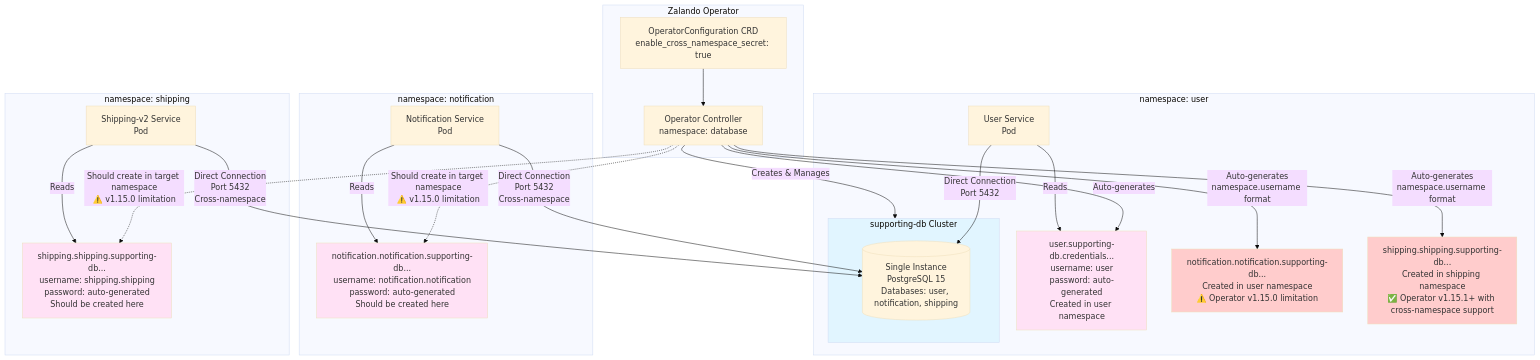
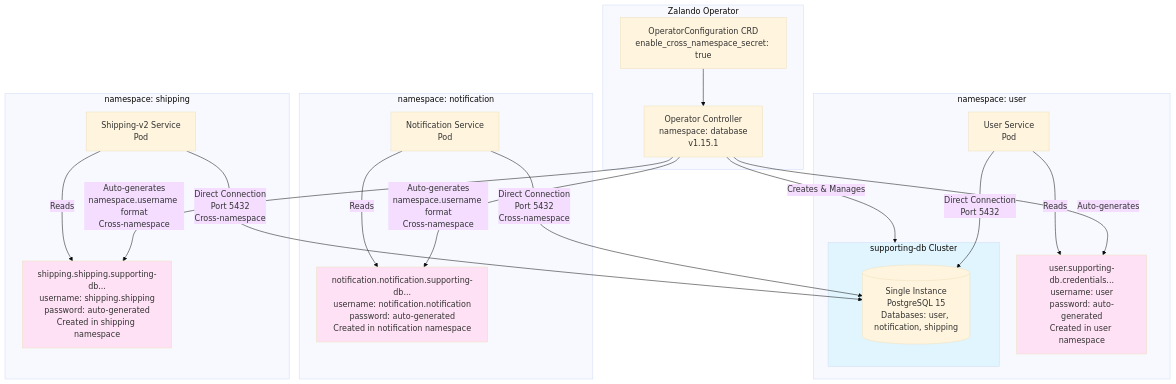
One commit to duynhlab/homelab changed the sixth of 6 diagrams in docs/guides/DATABASE.md. Above: the diagram before and after it, drawn with Mermaid (base theme). The commit also changed other lines of this file and 4 other files, not shown here.

````diff
--- a/docs/guides/DATABASE.md
+++ b/docs/guides/DATABASE.md
@@ -882,57 +882,49 @@
 ```mermaid
 flowchart TB
     subgraph UserNS["namespace: user"]
         UserSvc[User Service<br/>Pod]
         
         subgraph SupportingDB["supporting-db Cluster"]
             Instance[(Single Instance<br/>PostgreSQL 15<br/>Databases: user, notification, shipping)]
         end
         
         UserSecret[user.supporting-db.credentials...<br/>username: user<br/>password: auto-generated<br/>Created in user namespace]
-        
-        NotifSecretUser[notification.notification.supporting-db...<br/>Created in user namespace<br/>⚠️ Operator v1.15.0 limitation]
-        ShippingSecretUser[shipping.shipping.supporting-db...<br/>Created in shipping namespace<br/>✅ Operator v1.15.1+ with cross-namespace support]
     end
     
     subgraph NotificationNS["namespace: notification"]
         NotificationSvc[Notification Service<br/>Pod]
         
-        NotifSecret[notification.notification.supporting-db...<br/>username: notification.notification<br/>password: auto-generated<br/>Should be created here]
+        NotifSecret[notification.notification.supporting-db...<br/>username: notification.notification<br/>password: auto-generated<br/>Created in notification namespace]
     end
     
     subgraph ShippingNS["namespace: shipping"]
         ShippingSvc[Shipping-v2 Service<br/>Pod]
         
-        ShippingSecret[shipping.shipping.supporting-db...<br/>username: shipping.shipping<br/>password: auto-generated<br/>Should be created here]
+        ShippingSecret[shipping.shipping.supporting-db...<br/>username: shipping.shipping<br/>password: auto-generated<br/>Created in shipping namespace]
     end
     
     subgraph ZalandoOp["Zalando Operator"]
-        Operator[Operator Controller<br/>namespace: database]
+        Operator[Operator Controller<br/>namespace: database<br/>v1.15.1]
         Config[OperatorConfiguration CRD<br/>enable_cross_namespace_secret: true]
     end
     
     Config --> Operator
     Operator -->|Creates & Manages| SupportingDB
     Operator -->|Auto-generates| UserSecret
-    Operator -->|Auto-generates<br/>namespace.username format| NotifSecretUser
-    Operator -->|Auto-generates<br/>namespace.username format| ShippingSecretUser
-    
-    Operator -.->|Should create in target namespace<br/>⚠️ v1.15.0 limitation| NotifSecret
-    Operator -.->|Should create in target namespace<br/>⚠️ v1.15.0 limitation| ShippingSecret
+    Operator -->|Auto-generates<br/>namespace.username format<br/>Cross-namespace| NotifSecret
+    Operator -->|Auto-generates<br/>namespace.username format<br/>Cross-namespace| ShippingSecret
     
     UserSvc -->|Reads| UserSecret
     UserSvc -->|Direct Connection<br/>Port 5432| Instance
     
     NotificationSvc -->|Reads| NotifSecret
     NotificationSvc -->|Direct Connection<br/>Port 5432<br/>Cross-namespace| Instance
     
     ShippingSvc -->|Reads| ShippingSecret
     ShippingSvc -->|Direct Connection<br/>Port 5432<br/>Cross-namespace| Instance
     
     style SupportingDB fill:#e1f5ff
     style UserSecret fill:#ffe1f5
     style NotifSecret fill:#ffe1f5
     style ShippingSecret fill:#ffe1f5
-    style NotifSecretUser fill:#ffcccc
-    style ShippingSecretUser fill:#ffcccc
 ```
````
